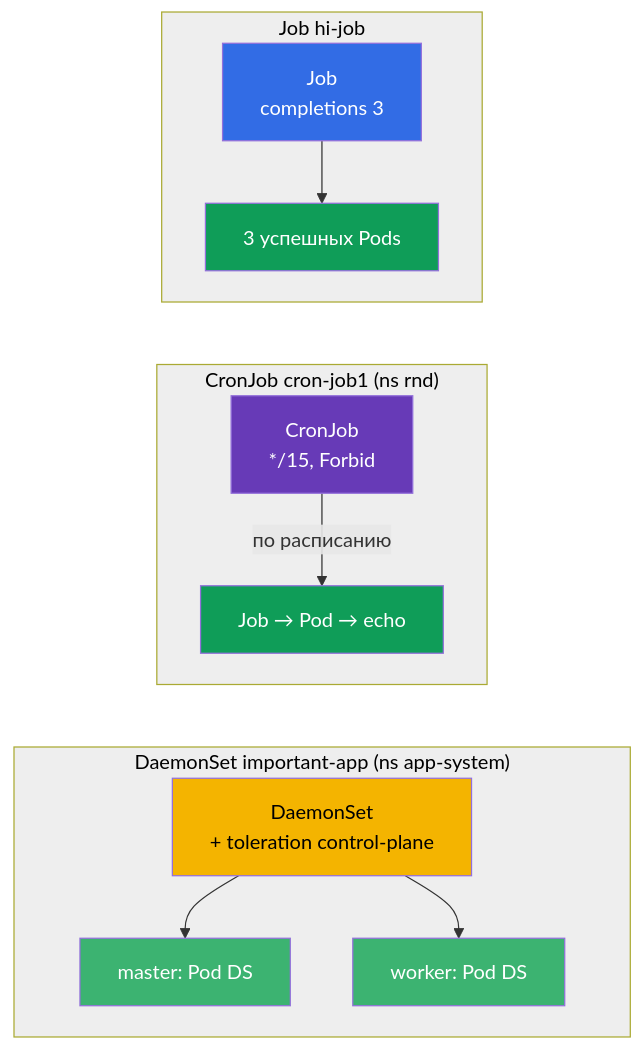
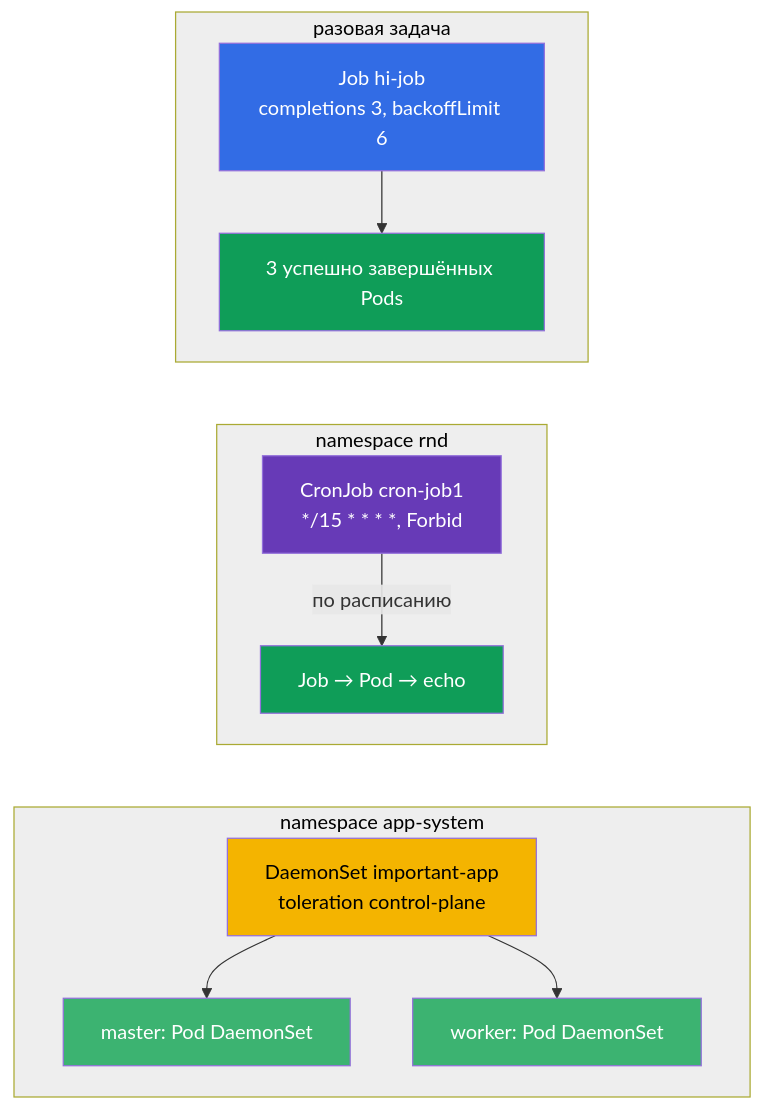
Before and after one commit to ViktorUJ/cks: the diagram in tasks/cka/labs/103/README_RU.MD, drawn with Mermaid. The commit also changed 36 other files, not shown here.

````diff
--- a/tasks/cka/labs/103/README_RU.MD
+++ b/tasks/cka/labs/103/README_RU.MD
@@ -37,25 +37,25 @@
 ```mermaid
 flowchart TB
-    subgraph jobsub["Job hi-job"]
-        job["Job<br>completions 3"] --> jp["3 успешных Pods"]
+    subgraph jobsub["разовая задача"]
+        job["Job hi-job<br>completions 3, backoffLimit 6"] --> jp["3 успешно завершённых Pods"]
     end
-    subgraph cronsub["CronJob cron-job1 (ns rnd)"]
-        cj["CronJob<br>*/15, Forbid"] -->|"по расписанию"| j2["Job → Pod → echo"]
+    subgraph cronsub["namespace rnd"]
+        cj["CronJob cron-job1<br>*/15 * * * *, Forbid"] -->|"по расписанию"| j2["Job → Pod → echo"]
     end
-    subgraph dssub["DaemonSet important-app (ns app-system)"]
-        ds["DaemonSet<br>+ toleration control-plane"] --> m["master: Pod DS"]
-        ds --> w["worker: Pod DS"]
+    subgraph dssub["namespace app-system"]
+        ds["DaemonSet important-app<br>toleration control-plane"] --> m["master: Pod DaemonSet"]
+        ds --> w["worker: Pod DaemonSet"]
     end
     jp ~~~ cj
     j2 ~~~ ds
     style jobsub fill:#eeeeee,color:#000
     style cronsub fill:#eeeeee,color:#000
     style dssub fill:#eeeeee,color:#000
     style job fill:#326ce5,color:#fff
     style jp fill:#0f9d58,color:#fff
     style cj fill:#673ab7,color:#fff
     style j2 fill:#0f9d58,color:#fff
     style ds fill:#f4b400,color:#000
     style m fill:#3cb371,color:#fff
     style w fill:#3cb371,color:#fff
 ```
````
